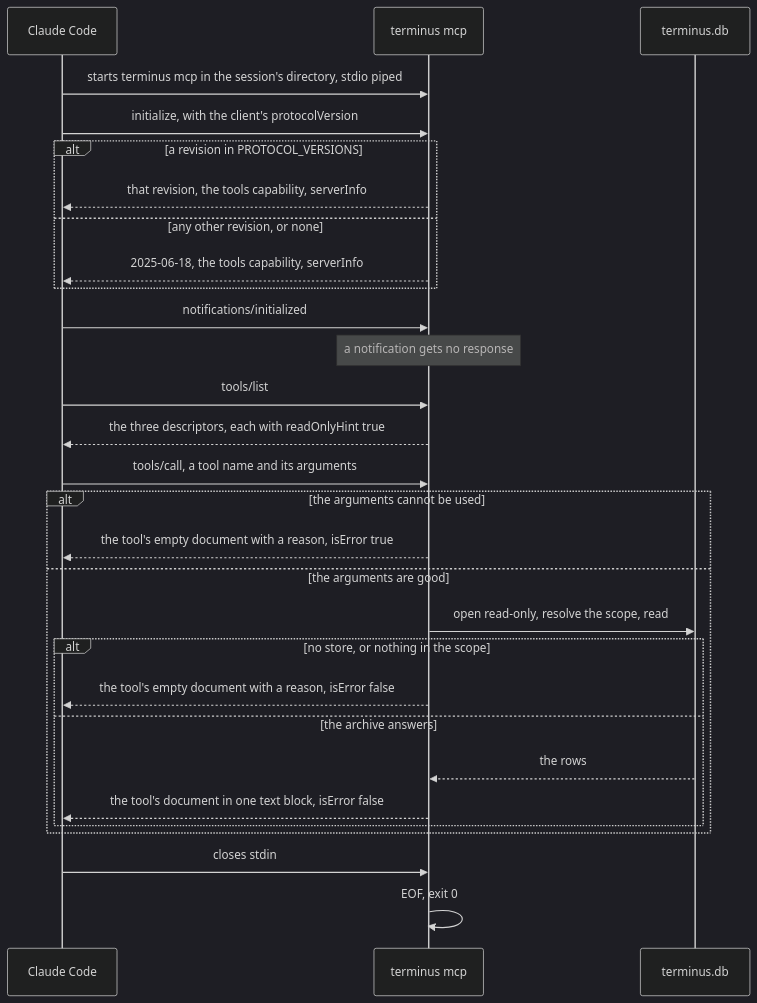
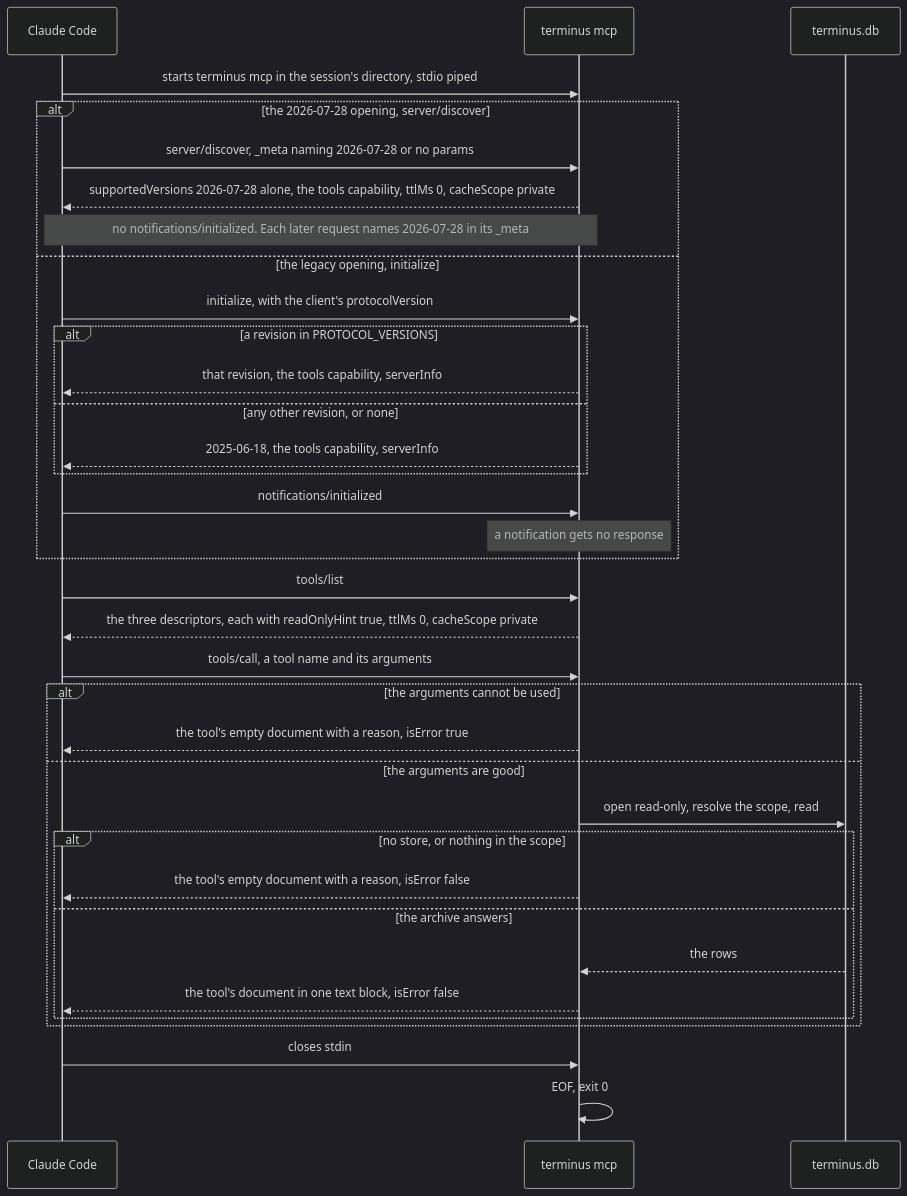
The first of 2 diagrams in docs/design/0006-recall-through-mcp.md (jcrenshaw-dev/terminus), drawn with Mermaid (dark theme) before and after one commit. The commit also changed other lines of this file and 1 other file, not shown here.

Commit message:
docs(14-1): document server/discover and the 2026-07-28 era beside initialize

````diff
--- a/docs/design/0006-recall-through-mcp.md
+++ b/docs/design/0006-recall-through-mcp.md
@@ -220,31 +244,37 @@
 ```mermaid
 sequenceDiagram
   participant CC as Claude Code
   participant S as terminus mcp
   participant DB as terminus.db
   CC->>S: starts terminus mcp in the session's directory, stdio piped
-  CC->>S: initialize, with the client's protocolVersion
-  alt a revision in PROTOCOL_VERSIONS
-    S-->>CC: that revision, the tools capability, serverInfo
-  else any other revision, or none
-    S-->>CC: 2025-06-18, the tools capability, serverInfo
+  alt the 2026-07-28 opening, server/discover
+    CC->>S: server/discover, _meta naming 2026-07-28 or no params
+    S-->>CC: supportedVersions 2026-07-28 alone, the tools capability, ttlMs 0, cacheScope private
+    Note over CC,S: no notifications/initialized. Each later request names 2026-07-28 in its _meta
+  else the legacy opening, initialize
+    CC->>S: initialize, with the client's protocolVersion
+    alt a revision in PROTOCOL_VERSIONS
+      S-->>CC: that revision, the tools capability, serverInfo
+    else any other revision, or none
+      S-->>CC: 2025-06-18, the tools capability, serverInfo
+    end
+    CC->>S: notifications/initialized
+    Note over S: a notification gets no response
   end
-  CC->>S: notifications/initialized
-  Note over S: a notification gets no response
   CC->>S: tools/list
-  S-->>CC: the three descriptors, each with readOnlyHint true
+  S-->>CC: the three descriptors, each with readOnlyHint true, ttlMs 0, cacheScope private
   CC->>S: tools/call, a tool name and its arguments
   alt the arguments cannot be used
     S-->>CC: the tool's empty document with a reason, isError true
   else the arguments are good
     S->>DB: open read-only, resolve the scope, read
     alt no store, or nothing in the scope
       S-->>CC: the tool's empty document with a reason, isError false
     else the archive answers
       DB-->>S: the rows
       S-->>CC: the tool's document in one text block, isError false
     end
   end
   CC->>S: closes stdin
   S->>S: EOF, exit 0
 ```
````
